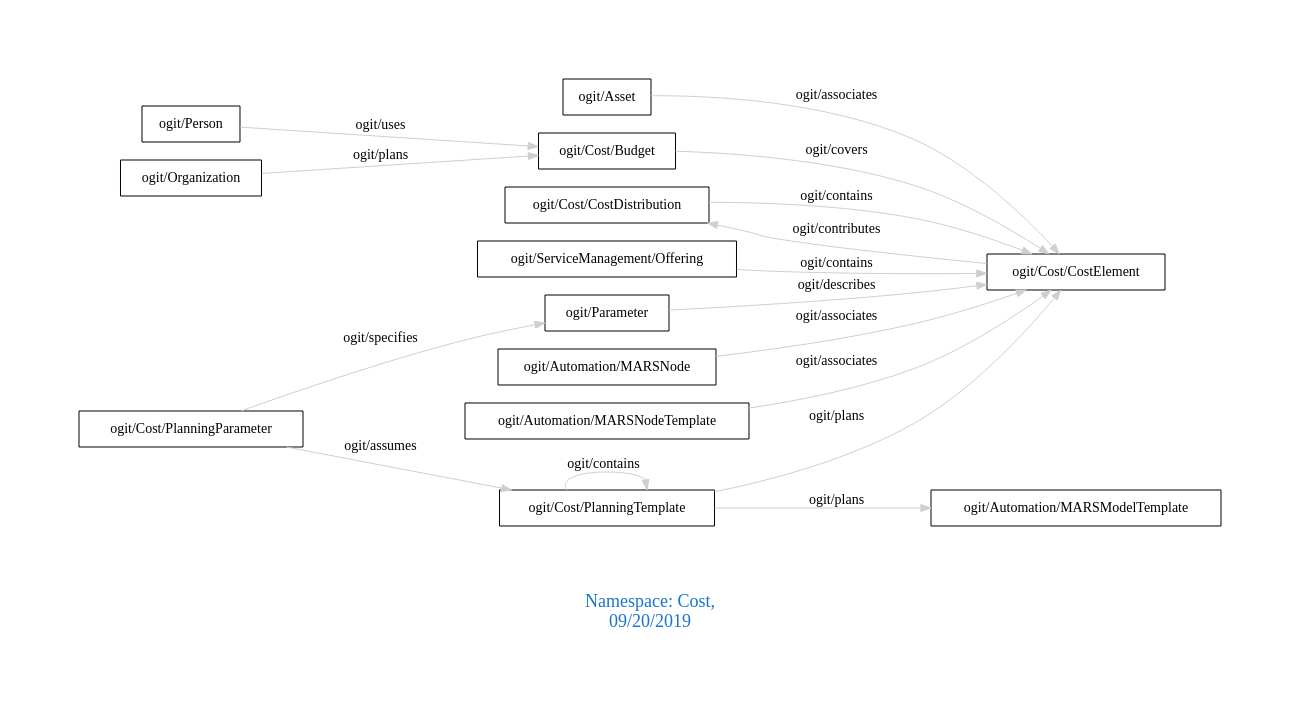
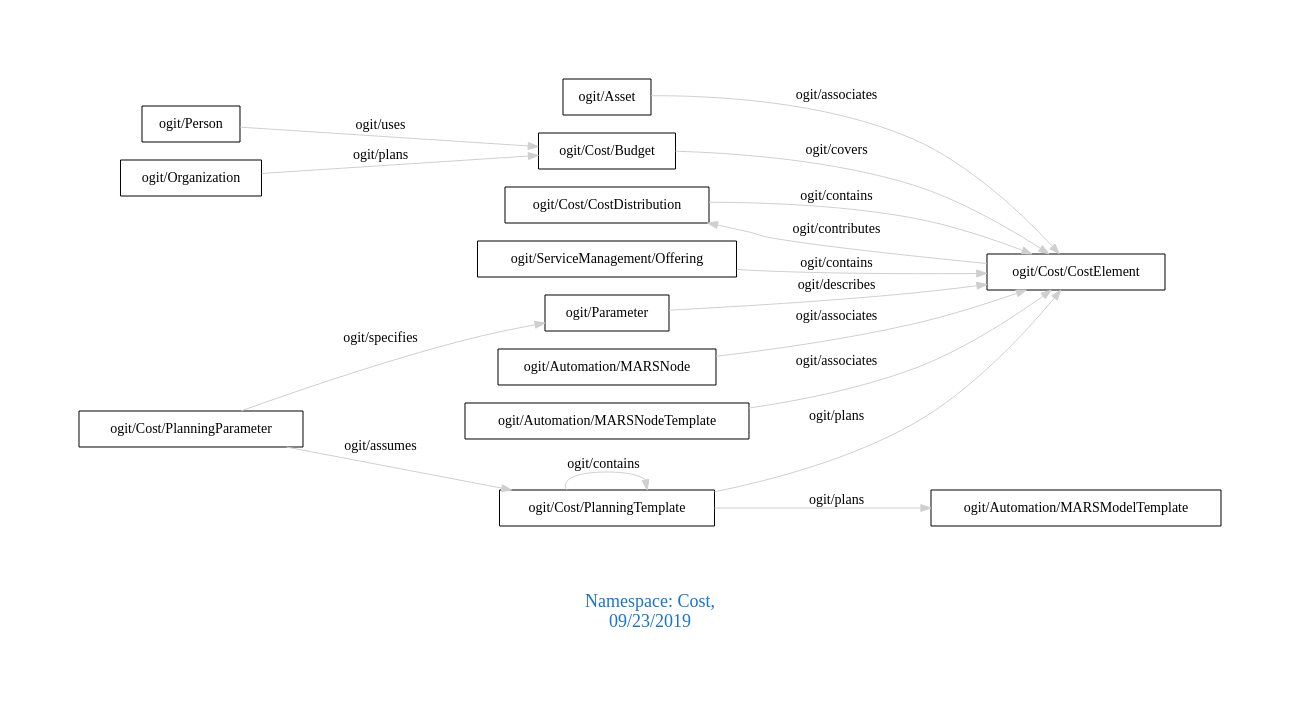
Before and after one commit to arago/OGIT: the diagram in downloads/Cost.dot, drawn with Graphviz. The commit also changed 1527 other files, not shown here.

```diff
--- a/downloads/Cost.dot
+++ b/downloads/Cost.dot
@@ -1,23 +1,23 @@
 digraph OGIT_ontology {
  graph [ rankdir= LR,pad=1 
 fontsize = 18,
-fontcolor= dodgerblue3,label = "\n\n\nNamespace: Cost, \n 09/20/2019"];
+fontcolor= dodgerblue3,label = "\n\n\nNamespace: Cost, \n 09/23/2019"];
 node[shape=polygon];
 edge [  color="gray81"];
 
    "ogit/Cost/CostDistribution" -> "ogit/Cost/CostElement" [label="   ogit/contains    "];
    "ogit/ServiceManagement/Offering" -> "ogit/Cost/CostElement" [label="   ogit/contains    "];
    "ogit/Cost/PlanningParameter" -> "ogit/Parameter" [label="   ogit/specifies    "];
    "ogit/Cost/Budget" -> "ogit/Cost/CostElement" [label="   ogit/covers    "];
    "ogit/Parameter" -> "ogit/Cost/CostElement" [label="   ogit/describes    "];
    "ogit/Cost/CostElement" -> "ogit/Cost/CostDistribution" [label="   ogit/contributes    "];
    "ogit/Automation/MARSNode" -> "ogit/Cost/CostElement" [label="   ogit/associates    "];
    "ogit/Automation/MARSNodeTemplate" -> "ogit/Cost/CostElement" [label="   ogit/associates    "];
    "ogit/Asset" -> "ogit/Cost/CostElement" [label="   ogit/associates    "];
    "ogit/Person" -> "ogit/Cost/Budget" [label="   ogit/uses    "];
    "ogit/Cost/PlanningTemplate" -> "ogit/Automation/MARSModelTemplate" [label="   ogit/plans    "];
    "ogit/Cost/PlanningTemplate" -> "ogit/Cost/CostElement" [label="   ogit/plans    "];
    "ogit/Organization" -> "ogit/Cost/Budget" [label="   ogit/plans    "];
    "ogit/Cost/PlanningParameter" -> "ogit/Cost/PlanningTemplate" [label="   ogit/assumes    "];
    "ogit/Cost/PlanningTemplate" -> "ogit/Cost/PlanningTemplate" [label="   ogit/contains    "];
 }
```
